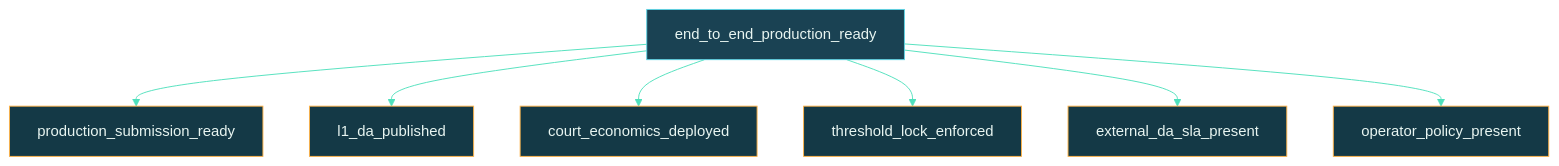
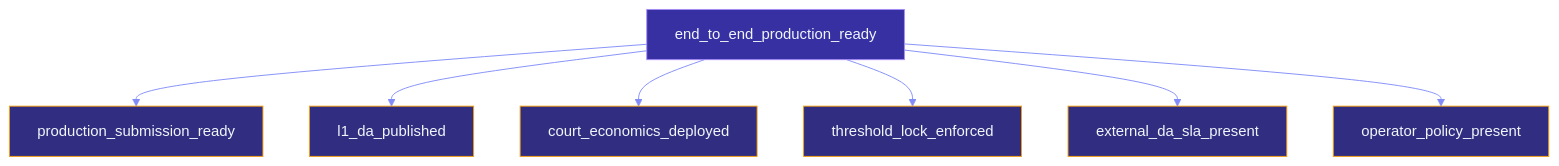
One commit to Myelin-Labs/Myelin changed the second of 2 diagrams in docs/interactions/submission-flow.md. Above: the diagram before and after it, drawn with Mermaid. The commit also changed other lines of this file and 31 other files, not shown here.

````diff
--- a/docs/interactions/submission-flow.md
+++ b/docs/interactions/submission-flow.md
@@ -208,26 +208,26 @@
 ```mermaid
 %%{init: {
   "theme": "base",
   "themeVariables": {
-    "primaryColor": "#0F2D3D",
-    "primaryTextColor": "#E8F5F1",
-    "primaryBorderColor": "#3CCBAA",
-    "lineColor": "#4EE0BC",
-    "secondaryColor": "#143946",
-    "tertiaryColor": "#1A4253"
+    "primaryColor": "#1E1B4B",
+    "primaryTextColor": "#F1F5F9",
+    "primaryBorderColor": "#6366F1",
+    "lineColor": "#818CF8",
+    "secondaryColor": "#312E81",
+    "tertiaryColor": "#3730A3"
   }
 }}%%
 flowchart TB
     A["end_to_end_production_ready"]:::top
     B["production_submission_ready"]:::mid
     C["l1_da_published"]:::mid
     D["court_economics_deployed"]:::mid
     E["threshold_lock_enforced"]:::mid
     F["external_da_sla_present"]:::mid
     G["operator_policy_present"]:::mid
 
     A --> B & C & D & E & F & G
 
-    classDef top fill:#1A4253,stroke:#5DD4E5,color:#E8F5F1;
-    classDef mid fill:#143946,stroke:#FFB347,color:#E8F5F1;
+    classDef top fill:#3730A3,stroke:#A78BFA,color:#F1F5F9;
+    classDef mid fill:#312E81,stroke:#F59E0B,color:#F1F5F9;
 ```
````
